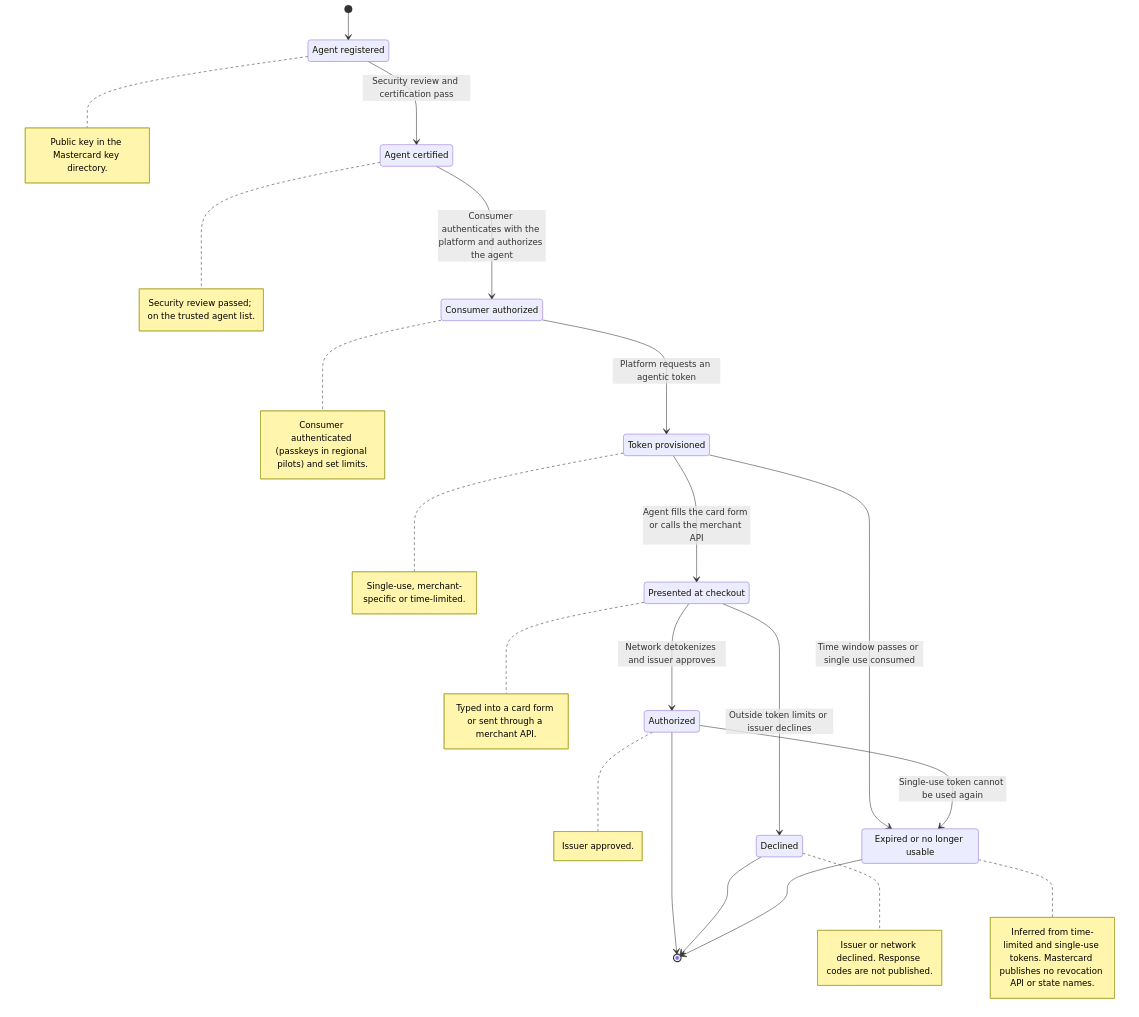
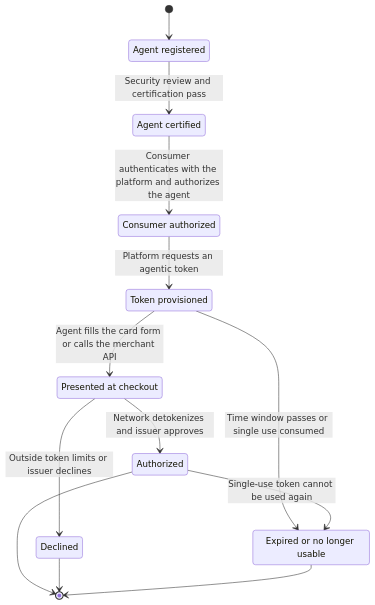
The diagram in src/generated/mermaid/mastercard-agent-pay-token-lifecycle.mmd (mercesAI/agentic-rails-atlas), drawn with Mermaid before and after one commit. The commit also changed 56 other files, not shown here.

Commit message:
feat(diagrams): wide drawings are fitted to the column as previews with full screen as the reading view (Fit zoom, Actual size toggle); state notes move under the figure, which halves state machine widths and removes every measured label collision

```diff
--- a/src/generated/mermaid/mastercard-agent-pay-token-lifecycle.mmd
+++ b/src/generated/mermaid/mastercard-agent-pay-token-lifecycle.mmd
@@ -1,32 +1,24 @@
 stateDiagram-v2
   direction TB
   accTitle: Agentic token lifecycle (as described, not a published state model)
   accDescr: State diagram: Agentic token lifecycle (as described, not a published state model). 8 states: Agent registered, Agent certified, Consumer authorized, Token provisioned, Presented at checkout, Authorized, Declined, and Expired or no longer usable. Starts in Agent registered. Ends in Authorized, Declined, and Expired or no longer usable. 8 transitions. From Agent registered to Agent certified when Security review and certification pass. From Agent certified to Consumer authorized when Consumer authenticates with the platform and authorizes the agent. From Consumer authorized to Token provisioned when Platform requests an agentic token (Not published). From Token provisioned to Presented at checkout when Agent fills the card form or calls the merchant API. From Presented at checkout to Authorized when Network detokenizes and issuer approves (Card authorization message). From Presented at checkout to Declined when Outside token limits or issuer declines (Card authorization message). From Token provisioned to Expired or no longer usable when Time window passes or single use consumed. From Authorized to Expired or no longer usable when Single-use token cannot be used again.
   state "Agent registered" as s_agent_registered
   state "Agent certified" as s_agent_certified
   state "Consumer authorized" as s_consumer_authorized
   state "Token provisioned" as s_token_provisioned
   state "Presented at checkout" as s_presented
   state "Authorized" as s_authorized
   state "Declined" as s_declined
   state "Expired or no longer usable" as s_expired_or_revoked
   [*] --> s_agent_registered
   s_agent_registered --> s_agent_certified : Security review and certification pass
   s_agent_certified --> s_consumer_authorized : Consumer authenticates with the platform and authorizes the agent
   s_consumer_authorized --> s_token_provisioned : Platform requests an agentic token
   s_token_provisioned --> s_presented : Agent fills the card form or calls the merchant API
   s_presented --> s_authorized : Network detokenizes and issuer approves
   s_presented --> s_declined : Outside token limits or issuer declines
   s_token_provisioned --> s_expired_or_revoked : Time window passes or single use consumed
   s_authorized --> s_expired_or_revoked : Single-use token cannot be used again
   s_authorized --> [*]
   s_declined --> [*]
   s_expired_or_revoked --> [*]
-  note right of s_agent_registered : Public key in the Mastercard key directory.
-  note right of s_agent_certified : Security review passed#59; on the trusted agent list.
-  note right of s_consumer_authorized : Consumer authenticated (passkeys in regional pilots) and set limits.
-  note right of s_token_provisioned : Single-use, merchant-specific or time-limited.
-  note right of s_presented : Typed into a card form or sent through a merchant API.
-  note right of s_authorized : Issuer approved.
-  note right of s_declined : Issuer or network declined. Response codes are not published.
-  note right of s_expired_or_revoked : Inferred from time-limited and single-use tokens. Mastercard publishes no revocation API or state names.
```
